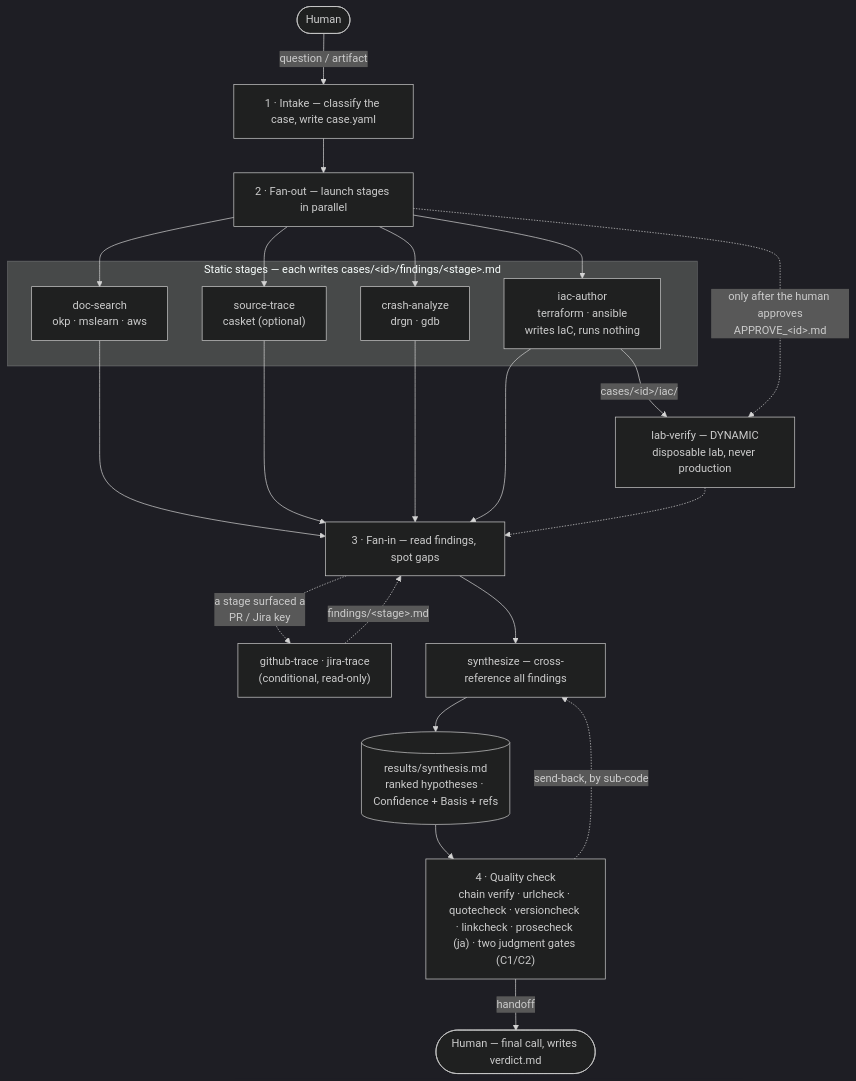
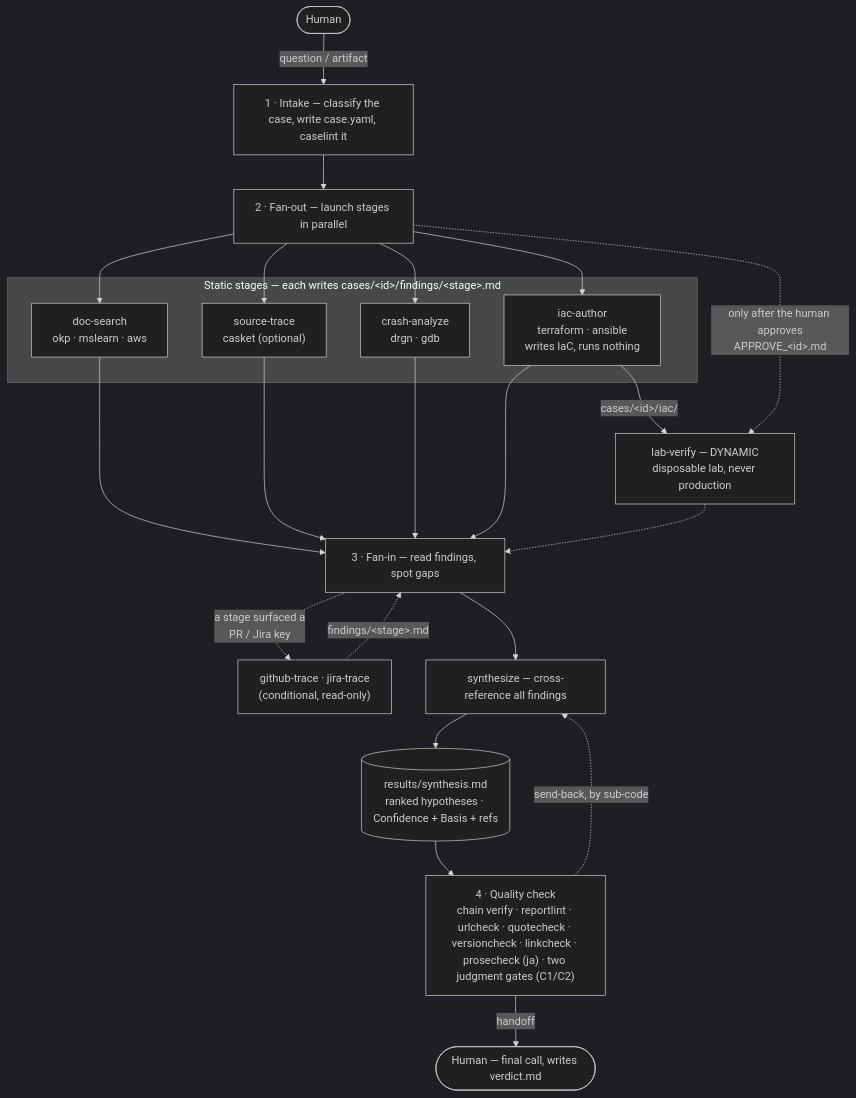
One commit to nogunix/janus changed the first of 2 diagrams in README.md. Above: the diagram before and after it, drawn with Mermaid (dark theme). The commit also changed other lines of this file and 11 other files, not shown here.

````diff
--- a/README.md
+++ b/README.md
@@ -113,34 +113,34 @@
 ```mermaid
 flowchart TD
     human(["Human"]) -->|"question / artifact"| intake
 
-    intake["1&nbsp;· Intake — classify the case, write case.yaml"] --> fanout
+    intake["1&nbsp;· Intake — classify the case, write case.yaml, caselint it"] --> fanout
     fanout["2&nbsp;· Fan-out — launch stages in parallel"]
 
     subgraph stages["Static stages — each writes cases/&lt;id&gt;/findings/&lt;stage&gt;.md"]
         ds["doc-search<br/>okp · mslearn · aws"]
         st["source-trace<br/>casket (optional)"]
         ca["crash-analyze<br/>drgn · gdb"]
         ia["iac-author<br/>terraform · ansible<br/>writes IaC, runs nothing"]
     end
 
     lv["lab-verify — DYNAMIC<br/>disposable lab, never production"]
 
     fanout --> ds & st & ca & ia
     ia -->|"cases/&lt;id&gt;/iac/"| lv
     fanout -.->|"only after the human approves<br/>APPROVE_&lt;id&gt;.md"| lv
 
     ds & st & ca & ia --> fanin
     lv -.-> fanin
     fanin["3&nbsp;· Fan-in — read findings, spot gaps"]
 
     follow["github-trace · jira-trace<br/>(conditional, read-only)"]
     fanin -.->|"a stage surfaced a<br/>PR / Jira key"| follow
     follow -.->|"findings/&lt;stage&gt;.md"| fanin
 
     fanin --> syn["synthesize — cross-reference all findings"]
     syn --> report[("results/synthesis.md<br/>ranked hypotheses · Confidence + Basis + refs")]
-    report --> qc["4&nbsp;· Quality check<br/>chain verify · urlcheck · quotecheck · versioncheck · linkcheck · prosecheck (ja) · two judgment gates (C1/C2)"]
+    report --> qc["4&nbsp;· Quality check<br/>chain verify · reportlint · urlcheck · quotecheck · versioncheck · linkcheck · prosecheck (ja) · two judgment gates (C1/C2)"]
     qc -.->|"send-back, by sub-code"| syn
     qc -->|"handoff"| human2(["Human — final call, writes verdict.md"])
 ```
````
